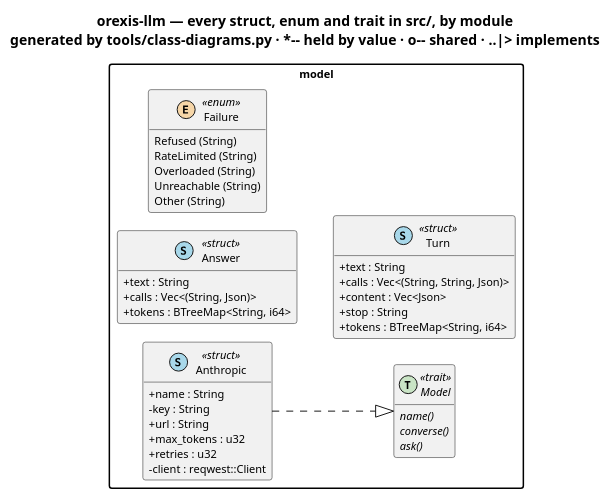
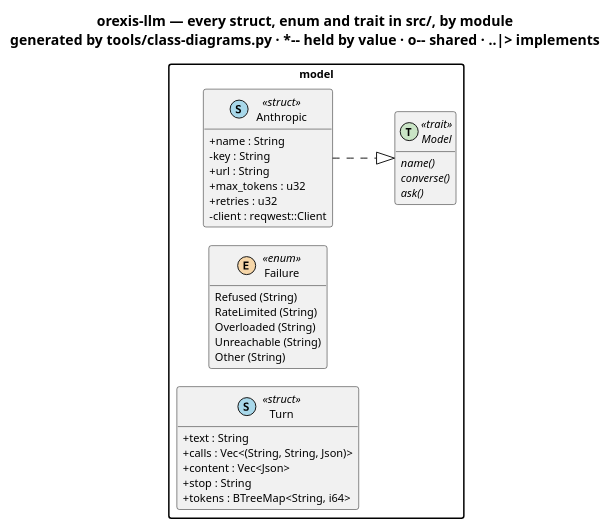
One commit to ShishkinDmitriy/orexis changed the diagram in knowledge/diagrams/package-orexis-llm.puml. Above: the diagram before and after it, drawn with PlantUML. The commit also changed 22 other files, not shown here.

```diff
--- a/knowledge/diagrams/package-orexis-llm.puml
+++ b/knowledge/diagrams/package-orexis-llm.puml
@@ -1,48 +1,43 @@
 @startuml package-orexis-llm
 !pragma layout smetana
 title orexis-llm — every struct, enum and trait in src/, by module\ngenerated by tools/class-diagrams.py · ~*~-~- held by value · o~-~- shared · ..|> implements
 skinparam shadowing false
 skinparam classAttributeIconSize 0
 skinparam defaultFontSize 11
 skinparam packageStyle rectangle
 hide empty members
 left to right direction
 
 package "model" {
-  class "Answer" as orexis_llm__model__Answer << (S,#A8D8EA) struct >> {
-    {field} +text : String
-    {field} +calls : Vec<(String, Json)>
-    {field} +tokens : BTreeMap<String, i64>
-  }
   class "Anthropic" as orexis_llm__model__Anthropic << (S,#A8D8EA) struct >> {
     {field} +name : String
     {field} -key : String
     {field} +url : String
     {field} +max_tokens : u32
     {field} +retries : u32
     {field} -client : reqwest::Client
   }
   enum "Failure" as orexis_llm__model__Failure << (E,#F6D6A8) enum >> {
     Refused (String)
     RateLimited (String)
     Overloaded (String)
     Unreachable (String)
     Other (String)
   }
   interface "Model" as orexis_llm__model__Model << (T,#C9E4C5) trait >> {
     {abstract} name()
     {abstract} converse()
     {abstract} ask()
   }
   class "Turn" as orexis_llm__model__Turn << (S,#A8D8EA) struct >> {
     {field} +text : String
     {field} +calls : Vec<(String, String, Json)>
     {field} +content : Vec<Json>
     {field} +stop : String
     {field} +tokens : BTreeMap<String, i64>
   }
 }
 
 
 orexis_llm__model__Anthropic ..|> orexis_llm__model__Model
 @enduml
```
